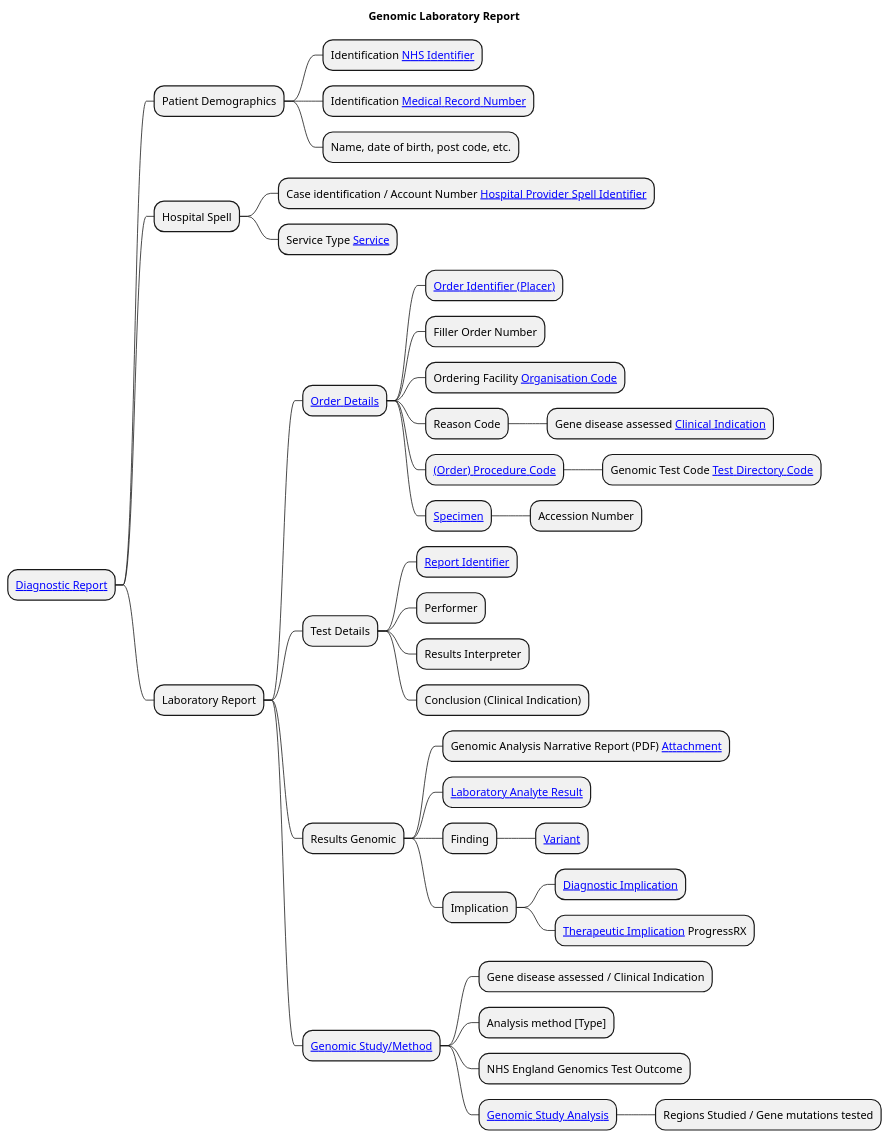
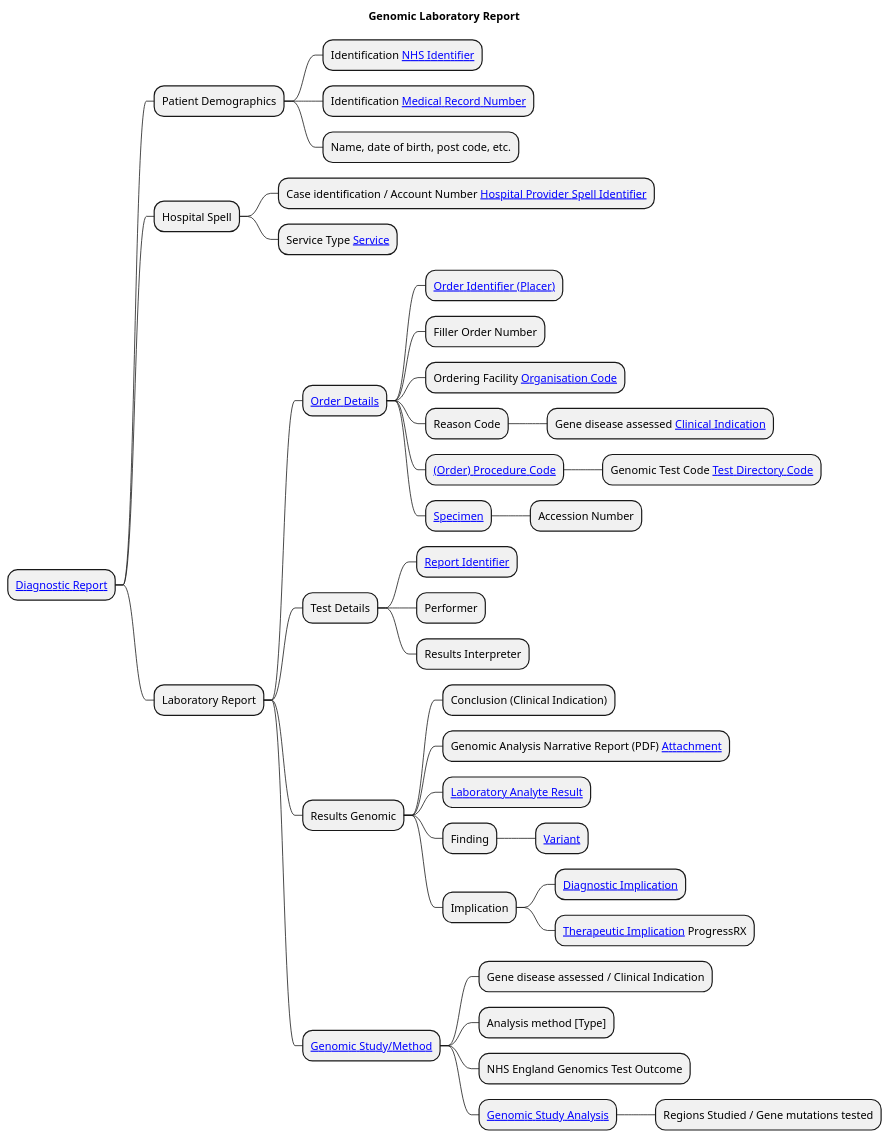
Before and after one commit to nw-gmsa/nw-gmsa.github.com: the diagram in input/images-source/LaboratoryReport-mindmap.plantuml, drawn with PlantUML. The commit also changed other lines of this file and 9 other files, not shown here.

```diff
--- a/input/images-source/LaboratoryReport-mindmap.plantuml
+++ b/input/images-source/LaboratoryReport-mindmap.plantuml
@@ -1,44 +1,44 @@
 @startmindmap
 
 title "Genomic Laboratory Report"
 
 * [[StructureDefinition-DiagnosticReport.html Diagnostic Report]]
 ** Patient Demographics
 *** Identification [[StructureDefinition-NHSIdentifier.html NHS Identifier]]
 *** Identification [[StructureDefinition-MedicalRecordNumber.html Medical Record Number]]
 *** Name, date of birth, post code, etc.
 ** Hospital Spell
 *** Case identification / Account Number [[StructureDefinition-HospitalProviderSpellIdentifier.html Hospital Provider Spell Identifier]]
 *** Service Type [[ValueSet-service.html Service]]
 ** Laboratory Report
 *** [[Questionnaire-GenomicTestOrder.html Order Details]]
 **** [[StructureDefinition-OrderIdentifier.html Order Identifier (Placer)]]
 **** Filler Order Number
 **** Ordering Facility [[StructureDefinition-OrganisationCode.html Organisation Code]]
 **** Reason Code
 ***** Gene disease assessed [[CodeSystem-GenomicClinicalIndication.html Clinical Indication]]
 **** [[https://www.datadictionary.nhs.uk/data_elements/local_treatment_category_code.html (Order) Procedure Code]]
 ***** Genomic Test Code [[CodeSystem-GenomicTestCode.html Test Directory Code]]
 **** [[StructureDefinition-Specimen.html Specimen]]
 ***** Accession Number
 *** Test Details
 **** [[StructureDefinition-ReportIdentifier.html Report Identifier]]
 **** Performer
 **** Results Interpreter
+*** Results Genomic
 **** Conclusion (Clinical Indication)
-*** Results Genomic
 **** Genomic Analysis Narrative Report (PDF) [[StructureDefinition-NWAttachment.html Attachment]]
 **** [[#laboratory-analyte-result Laboratory Analyte Result]]
 **** Finding
 ***** [[#reportable-variant Variant]]
 **** Implication
 ***** [[#diagnostic-implication Diagnostic Implication]]
 ***** [[#implications Therapeutic Implication]] ProgressRX
 *** [[#genomic-study Genomic Study/Method]]
 **** Gene disease assessed / Clinical Indication
 **** Analysis method [Type]
 **** NHS England Genomics Test Outcome
 **** [[#genomic-study-analysis Genomic Study Analysis]]
 ***** Regions Studied / Gene mutations tested
 
 @endmindmap
```
